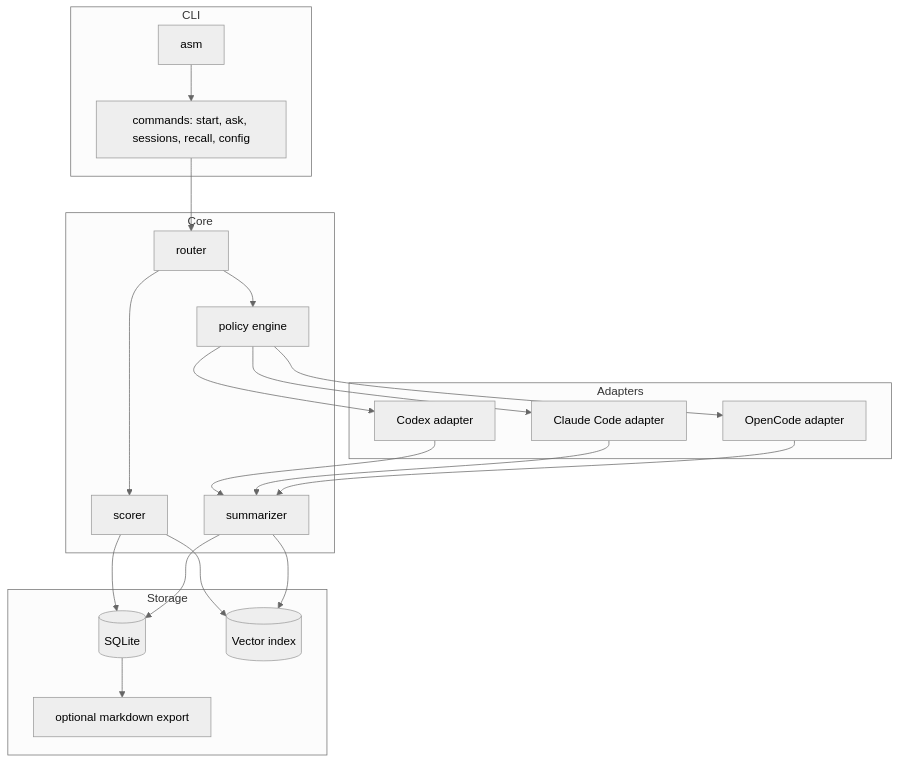
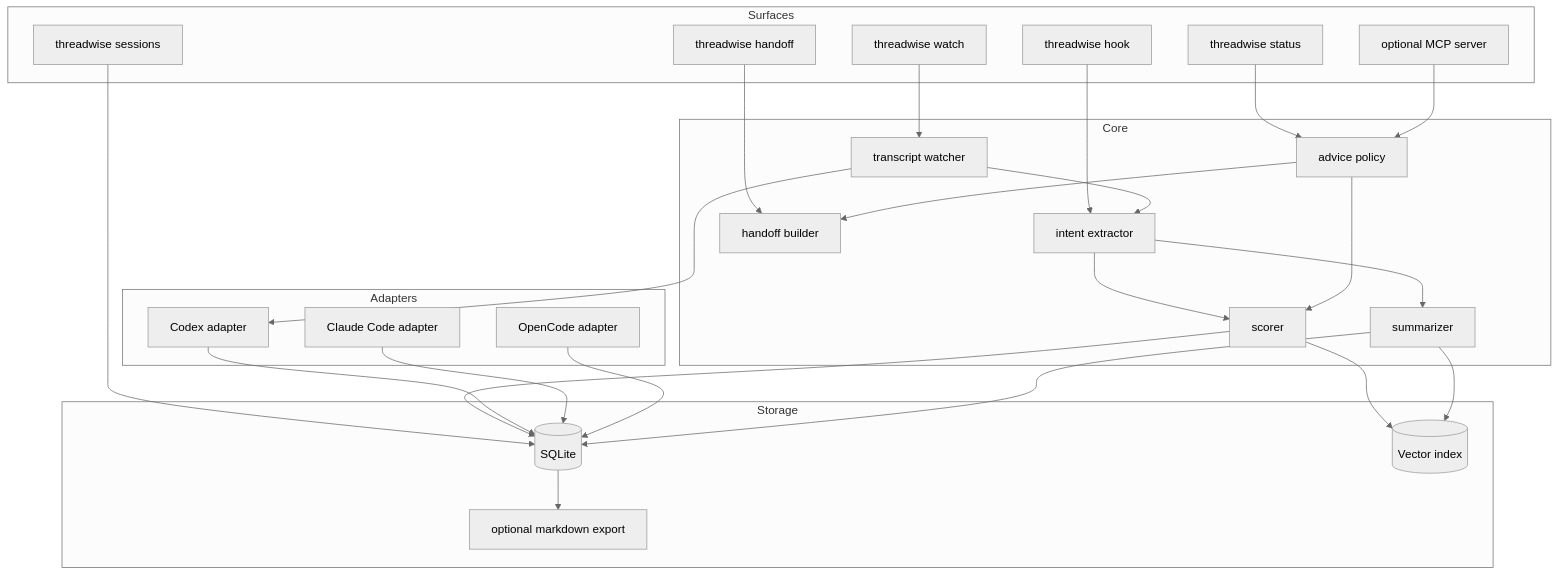
The fourth of 4 diagrams in docs/architecture.md (amir-h-rassafi/threadwise), drawn with Mermaid (neutral theme) before and after one commit. The commit also changed other lines of this file and 1 other file, not shown here.

````diff
--- a/docs/architecture.md
+++ b/docs/architecture.md
@@ -188,42 +373,53 @@
 ```mermaid
 flowchart TB
-    subgraph CLI
-        Entry[asm]
-        Commands[commands: start, ask, sessions, recall, config]
+    subgraph Surfaces
+        Hook[threadwise hook]
+        Watch[threadwise watch]
+        Status[threadwise status]
+        Sessions[threadwise sessions]
+        Handoff[threadwise handoff]
+        MCP[optional MCP server]
     end
 
     subgraph Core
-        Router[router]
+        Watcher[transcript watcher]
+        Extractor[intent extractor]
+        Summaries[summarizer]
         Scorer[scorer]
-        Summaries[summarizer]
-        Policy[policy engine]
+        Policy[advice policy]
+        Builder[handoff builder]
     end
 
     subgraph Adapters
         Codex[Codex adapter]
         Claude[Claude Code adapter]
         OpenCode[OpenCode adapter]
     end
 
     subgraph Storage
         DB[(SQLite)]
         Vec[(Vector index)]
         Files[optional markdown export]
     end
 
-    Entry --> Commands
-    Commands --> Router
-    Router --> Scorer
+    Hook --> Extractor
+    Watch --> Watcher
+    Status --> Policy
+    Sessions --> DB
+    Handoff --> Builder
+    MCP --> Policy
+    Watcher --> Codex
+    Watcher --> Extractor
+    Extractor --> Summaries
+    Extractor --> Scorer
     Scorer --> DB
     Scorer --> Vec
-    Router --> Policy
-    Policy --> Codex
-    Policy --> Claude
-    Policy --> OpenCode
-    Codex --> Summaries
-    Claude --> Summaries
-    OpenCode --> Summaries
+    Policy --> Scorer
+    Policy --> Builder
+    Codex --> DB
+    Claude --> DB
+    OpenCode --> DB
     Summaries --> DB
     Summaries --> Vec
     DB --> Files
 ```
````
